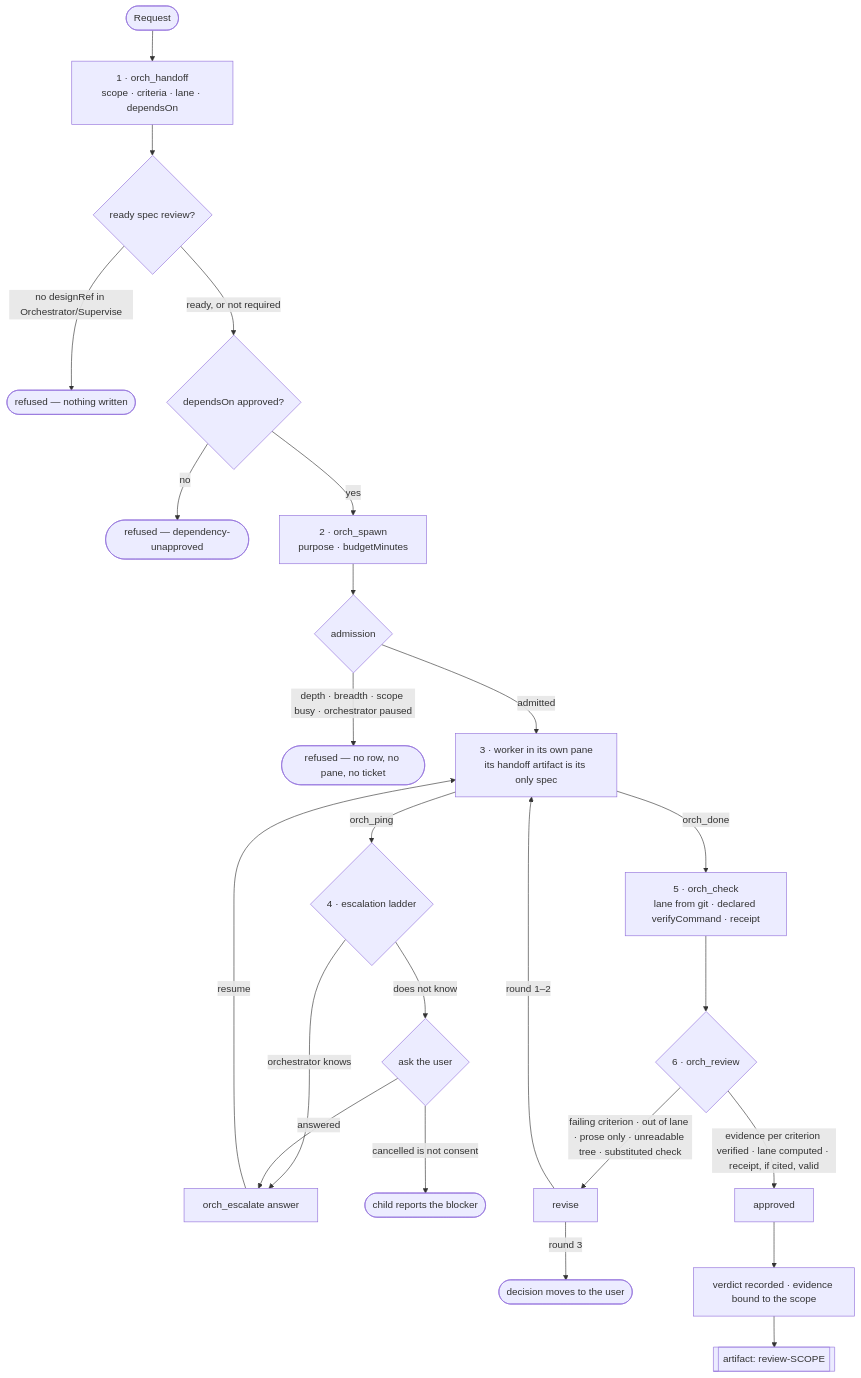
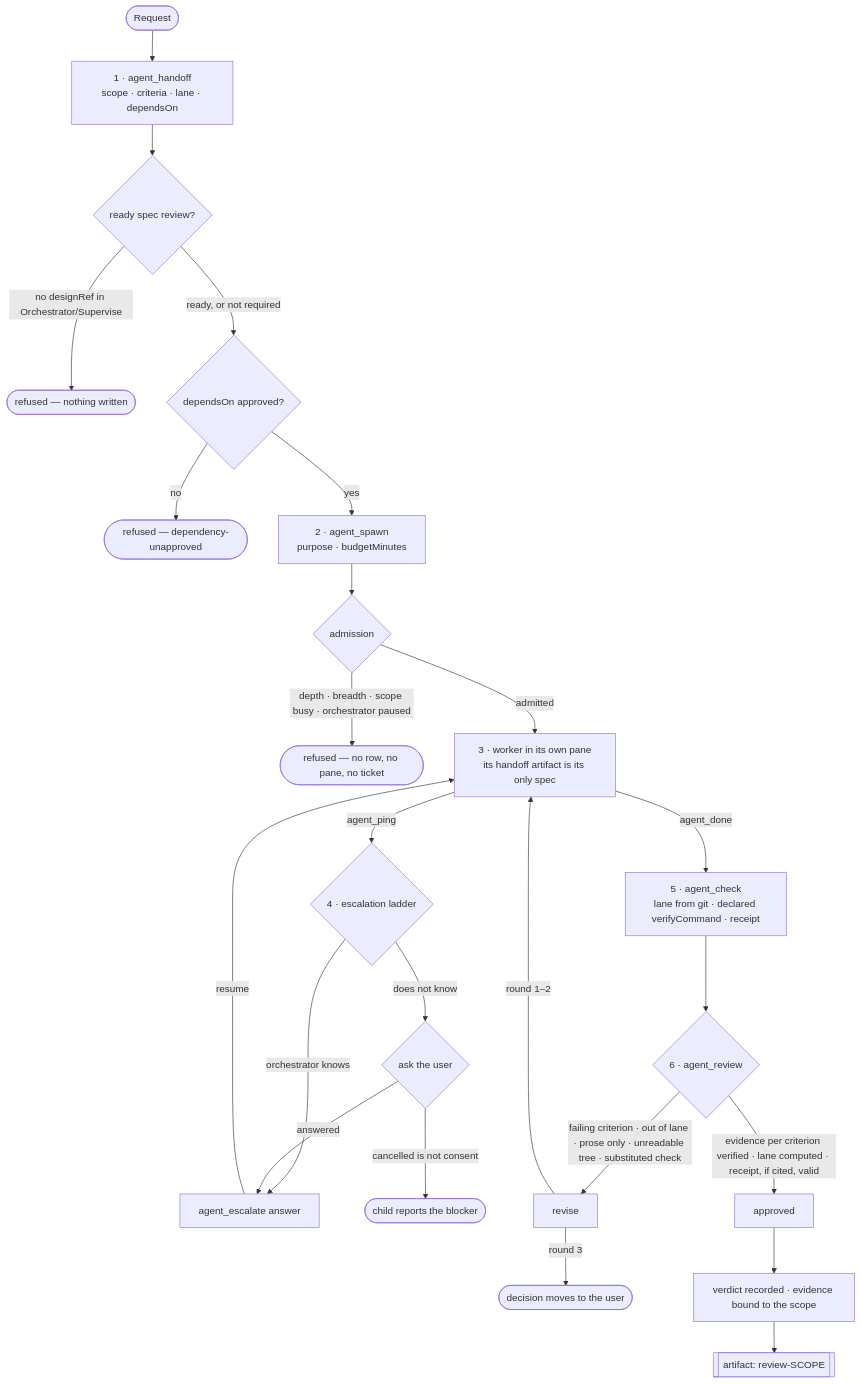
The first of 3 diagrams in docs/orchestrator.md (0xfzz/my-pi-setup), drawn with Mermaid before and after one commit. The commit also changed other lines of this file and 62 other files, not shown here.

First line of the commit message:
refactor(agents): rename the orch_* namespace to agent_*

````diff
--- a/docs/orchestrator.md
+++ b/docs/orchestrator.md
@@ -56,26 +56,26 @@
 ```mermaid
 flowchart TD
-    req(["Request"]) --> author["1 · orch_handoff<br/>scope · criteria · lane · dependsOn"]
+    req(["Request"]) --> author["1 · agent_handoff<br/>scope · criteria · lane · dependsOn"]
     author --> design{"ready spec review?"}
     design -->|"no designRef in Orchestrator/Supervise"| refuseA(["refused — nothing written"])
     design -->|"ready, or not required"| deps{"dependsOn approved?"}
     deps -->|"no"| refuseB(["refused — dependency-unapproved"])
-    deps -->|"yes"| spawn["2 · orch_spawn<br/>purpose · budgetMinutes"]
+    deps -->|"yes"| spawn["2 · agent_spawn<br/>purpose · budgetMinutes"]
     spawn --> admit{"admission"}
     admit -->|"depth · breadth · scope busy · orchestrator paused"| refuseC(["refused — no row, no pane, no ticket"])
     admit -->|"admitted"| work["3 · worker in its own pane<br/>its handoff artifact is its only spec"]
-    work -->|"orch_ping"| ladder{"4 · escalation ladder"}
-    ladder -->|"orchestrator knows"| answer["orch_escalate answer"]
+    work -->|"agent_ping"| ladder{"4 · escalation ladder"}
+    ladder -->|"orchestrator knows"| answer["agent_escalate answer"]
     ladder -->|"does not know"| user{"ask the user"}
     user -->|"answered"| answer
     user -->|"cancelled is not consent"| blocker(["child reports the blocker"])
     answer -->|"resume"| work
-    work -->|"orch_done"| check["5 · orch_check<br/>lane from git · declared verifyCommand · receipt"]
-    check --> review{"6 · orch_review"}
+    work -->|"agent_done"| check["5 · agent_check<br/>lane from git · declared verifyCommand · receipt"]
+    check --> review{"6 · agent_review"}
     review -->|"failing criterion · out of lane · prose only · unreadable tree · substituted check"| revise["revise"]
     revise -->|"round 1–2"| work
     revise -->|"round 3"| handOver(["decision moves to the user"])
     review -->|"evidence per criterion verified · lane computed · receipt, if cited, valid"| approve["approved"]
     approve --> settle["verdict recorded · evidence bound to the scope"]
     settle --> record[["artifact: review-SCOPE"]]
 ```
````
